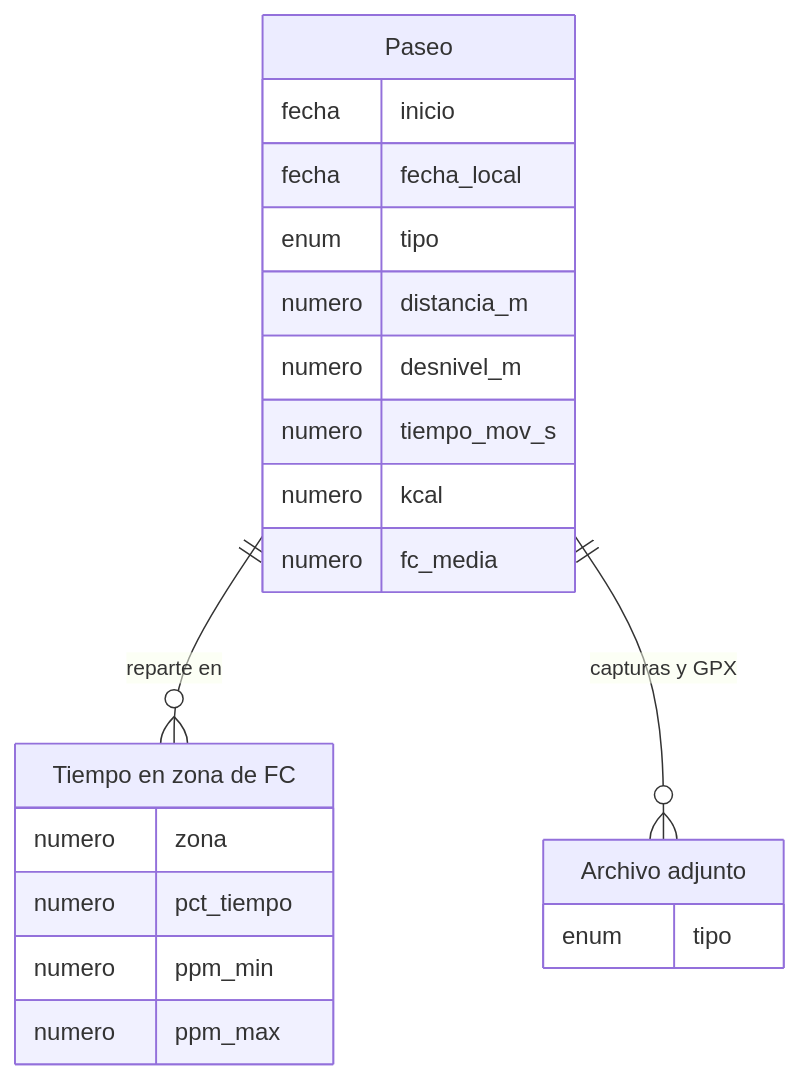
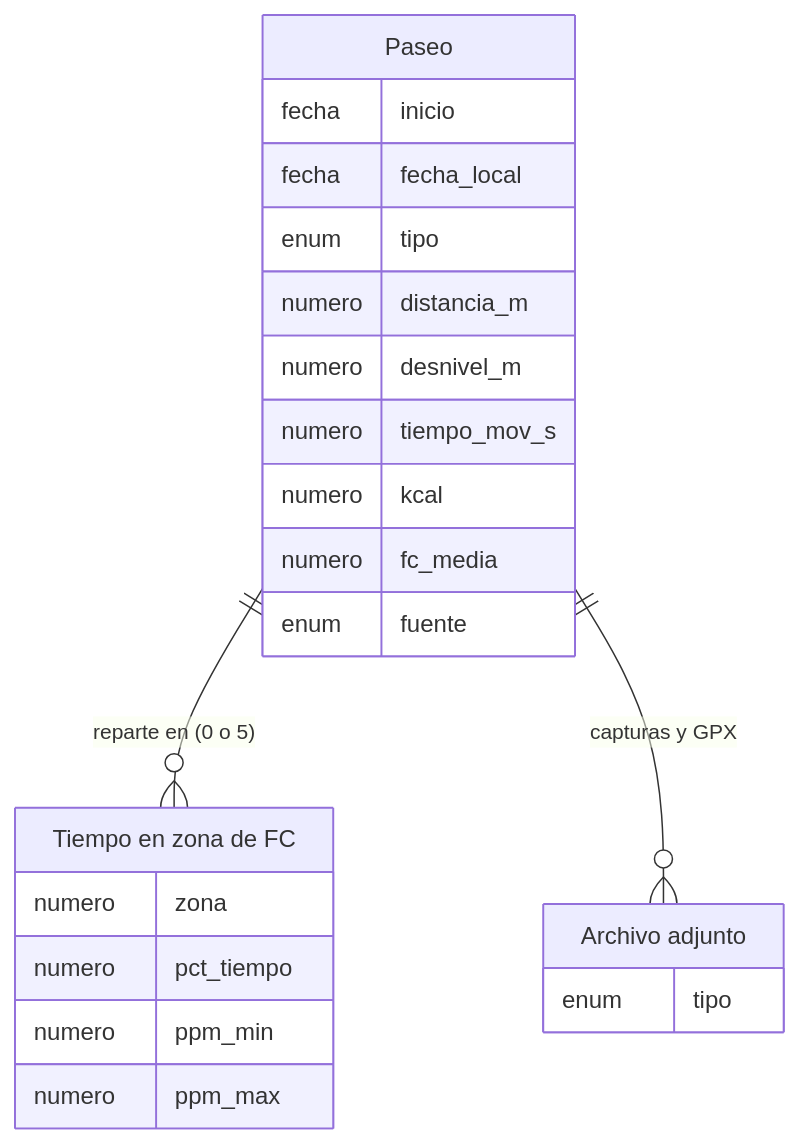
One commit to FrancisG01/coach-fitness-ai changed the seventh of 9 diagrams in docs/database/modelo-conceptual.md. Above: the diagram before and after it, drawn with Mermaid. The commit also changed other lines of this file and 17 other files, not shown here.

````diff
--- a/docs/database/modelo-conceptual.md
+++ b/docs/database/modelo-conceptual.md
@@ -543,25 +543,26 @@
 ```mermaid
 erDiagram
   PASEO["Paseo"] {
     fecha inicio
     fecha fecha_local
     enum tipo
     numero distancia_m
     numero desnivel_m
     numero tiempo_mov_s
     numero kcal
     numero fc_media
+    enum fuente
   }
   ZONA["Tiempo en zona de FC"] {
     numero zona
     numero pct_tiempo
     numero ppm_min
     numero ppm_max
   }
   ARCHIVO["Archivo adjunto"] {
     enum tipo
   }
 
-  PASEO ||--o{ ZONA : "reparte en"
+  PASEO ||--o{ ZONA : "reparte en (0 o 5)"
   PASEO ||--o{ ARCHIVO : "capturas y GPX"
 ```
````
